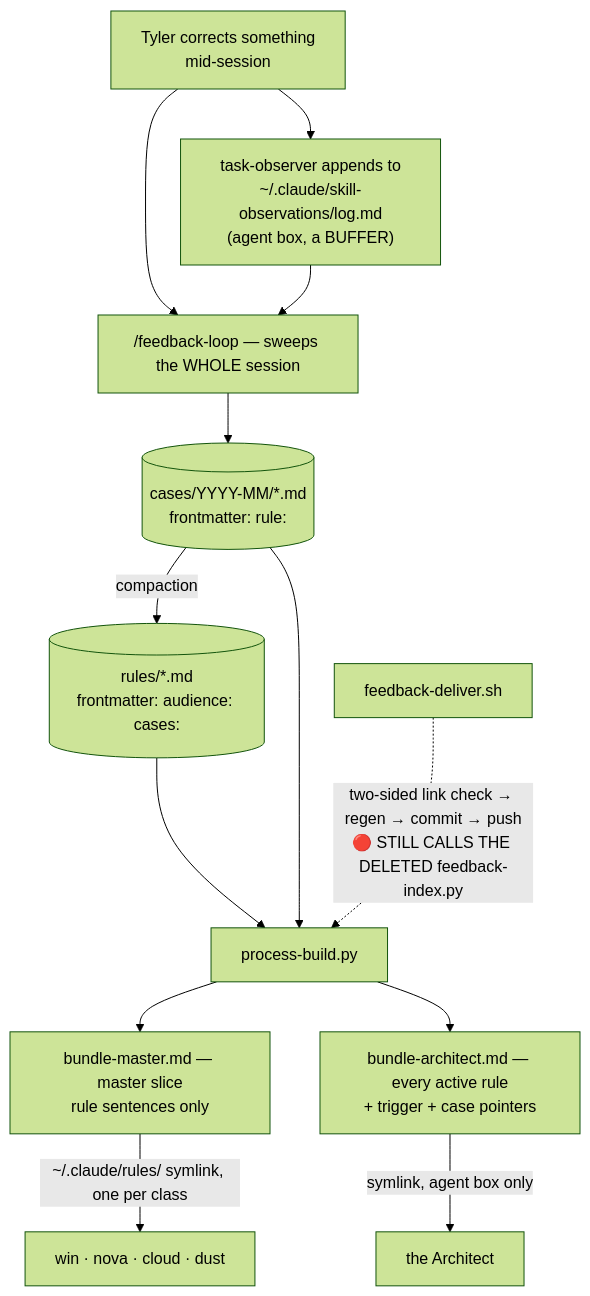
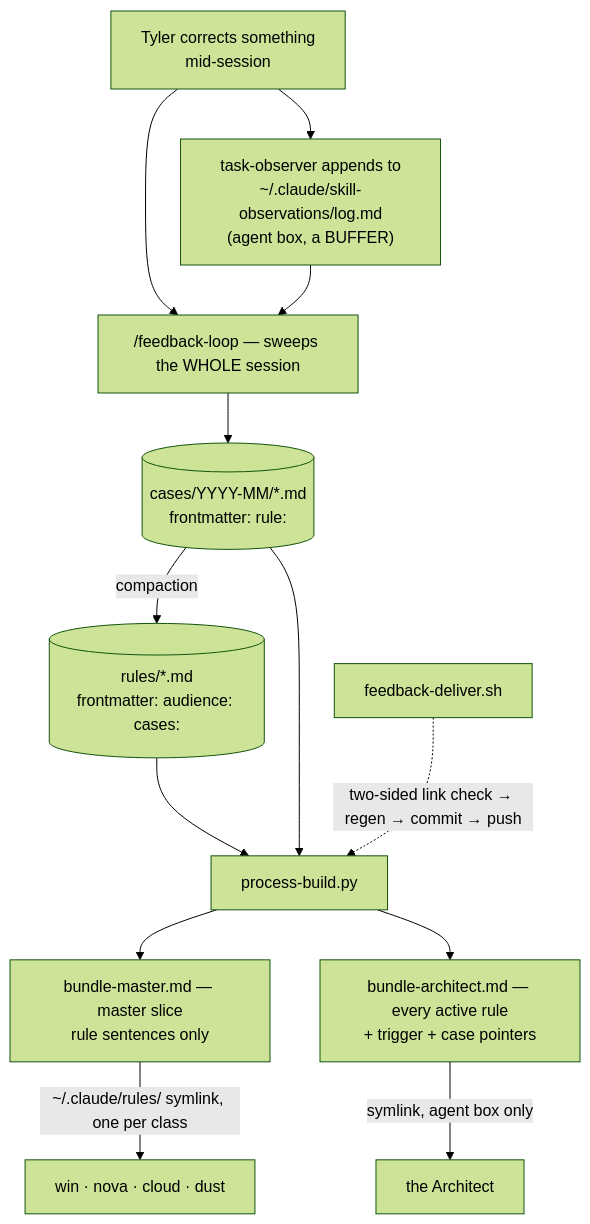
One commit to utopia-models/docs changed the diagram in content/docs/source/wi/components/feedback-loop.md. Above: the diagram before and after it, drawn with Mermaid (forest theme). The commit also changed other lines of this file and 49 other files, not shown here.

````diff
--- a/content/docs/source/wi/components/feedback-loop.md
+++ b/content/docs/source/wi/components/feedback-loop.md
@@ -45,15 +45,15 @@
 ```mermaid
 flowchart TD
     T["Tyler corrects something<br/>mid-session"] --> OBS["task-observer appends to<br/>~/.claude/skill-observations/log.md<br/>(agent box, a BUFFER)"]
     T --> SK["/feedback-loop — sweeps the WHOLE session"]
     OBS --> SK
     SK --> CA[("cases/YYYY-MM/*.md<br/>frontmatter: rule:")]
     CA -->|"compaction"| RU[("rules/*.md<br/>frontmatter: audience: cases:")]
     RU --> IDX["process-build.py"]
     CA --> IDX
     IDX --> RM["bundle-master.md — master slice<br/>rule sentences only"]
     IDX --> RA["bundle-architect.md — every active rule<br/>+ trigger + case pointers"]
     RM -->|"~/.claude/rules/ symlink, one per class"| BOX["win · nova · cloud · dust"]
     RA -->|"symlink, agent box only"| AG["the Architect"]
-    DEL["feedback-deliver.sh"] -.->|"two-sided link check → regen → commit → push<br/>🔴 STILL CALLS THE DELETED feedback-index.py"| IDX
+    DEL["feedback-deliver.sh"] -.->|"two-sided link check → regen → commit → push"| IDX
 ```
````
